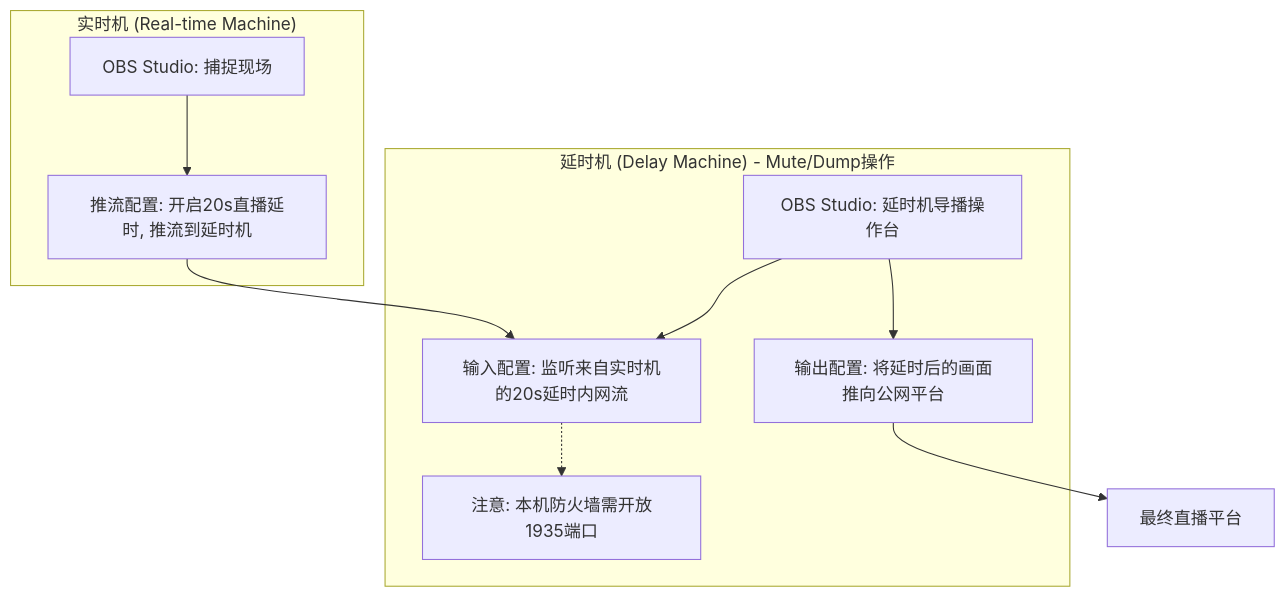
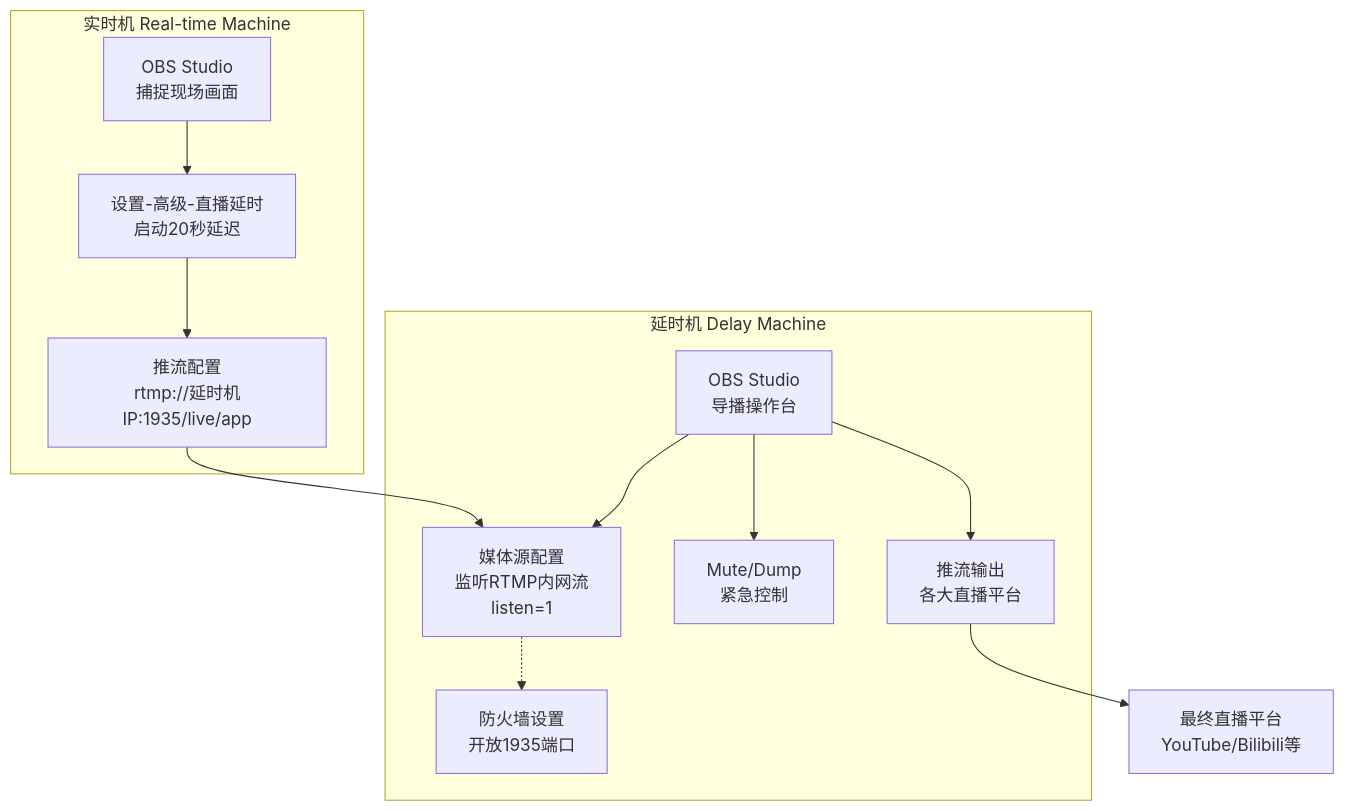
One commit to gaezon/AstroPaper-blog changed the diagram in src/data/blog/OBS-safe-broadcast-pitfalls.md. Above: the diagram before and after it, drawn with Mermaid.

Commit message:
优化OBS文章中Mermaid图表布局，解决文字显示被截断问题

````diff
--- a/src/data/blog/OBS-safe-broadcast-pitfalls.md
+++ b/src/data/blog/OBS-safe-broadcast-pitfalls.md
@@ -187,24 +187,28 @@
 ```mermaid
 graph TD
-    subgraph A ["实时机 (Real-time Machine)"]
-        A_OBS["OBS Studio: 捕捉现场"]
-        A_Config["推流配置: 开启20s直播延时, 推流到延时机"]
-        A_OBS --> A_Config
+    subgraph A ["实时机 Real-time Machine"]
+        A1["OBS Studio<br/>捕捉现场画面"]
+        A2["设置-高级-直播延时<br/>启动20秒延迟"]
+        A3["推流配置<br/>rtmp://延时机IP:1935/live/app"]
+        A1 --> A2
+        A2 --> A3
     end
 
-    subgraph B ["延时机 (Delay Machine) - Mute/Dump操作"]
-        B_OBS["OBS Studio: 延时机导播操作台"]
-        B_Input["输入配置: 监听来自实时机的20s延时内网流"]
-        B_Output["输出配置: 将延时后的画面推向公网平台"]
-        B_Firewall["注意: 本机防火墙需开放1935端口"]
+    subgraph B ["延时机 Delay Machine"]
+        B1["OBS Studio<br/>导播操作台"]
+        B2["媒体源配置<br/>监听RTMP内网流<br/>listen=1"]
+        B3["Mute/Dump<br/>紧急控制"]
+        B4["推流输出<br/>各大直播平台"]
+        B5["防火墙设置<br/>开放1935端口"]
         
-        B_OBS --> B_Input
-        B_OBS --> B_Output
-        B_Input -.-> B_Firewall
+        B1 --> B2
+        B1 --> B3
+        B1 --> B4
+        B2 -.-> B5
     end
 
-    C_Platform["最终直播平台"]
+    C["最终直播平台<br/>YouTube/Bilibili等"]
 
-    A_Config --> B_Input
-    B_Output --> C_Platform
+    A3 --> B2
+    B4 --> C
 ```
````
